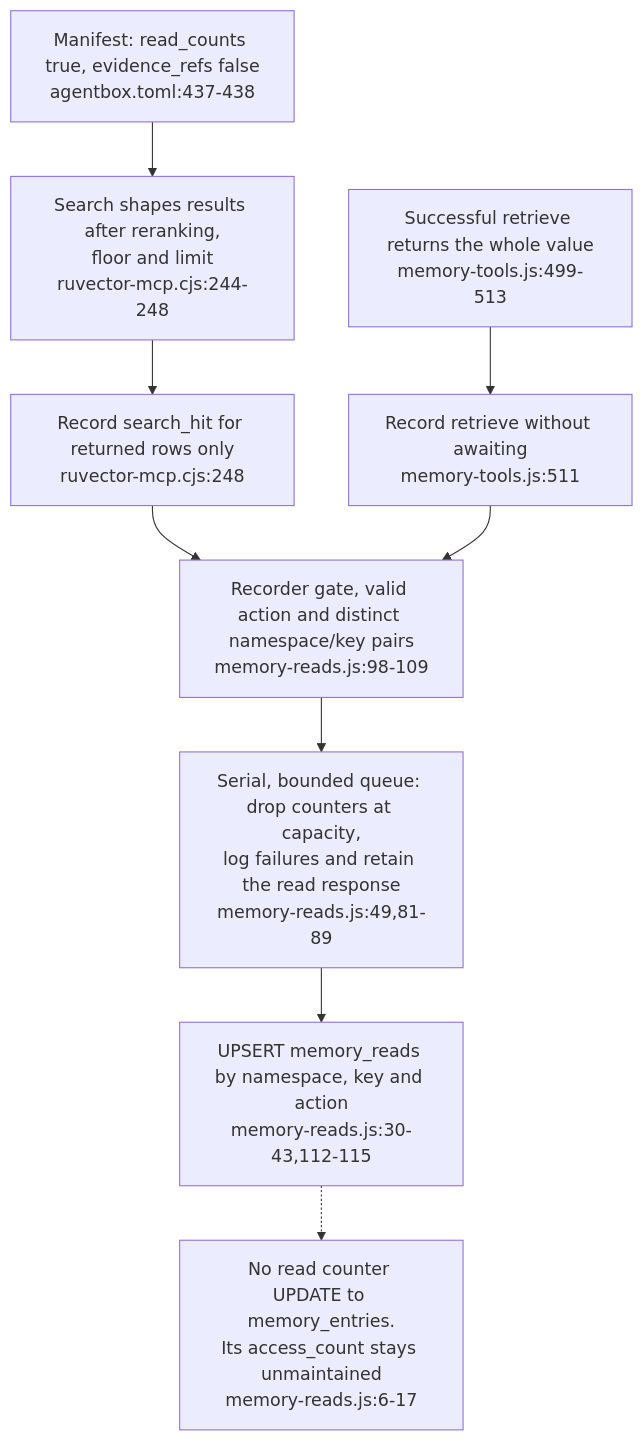
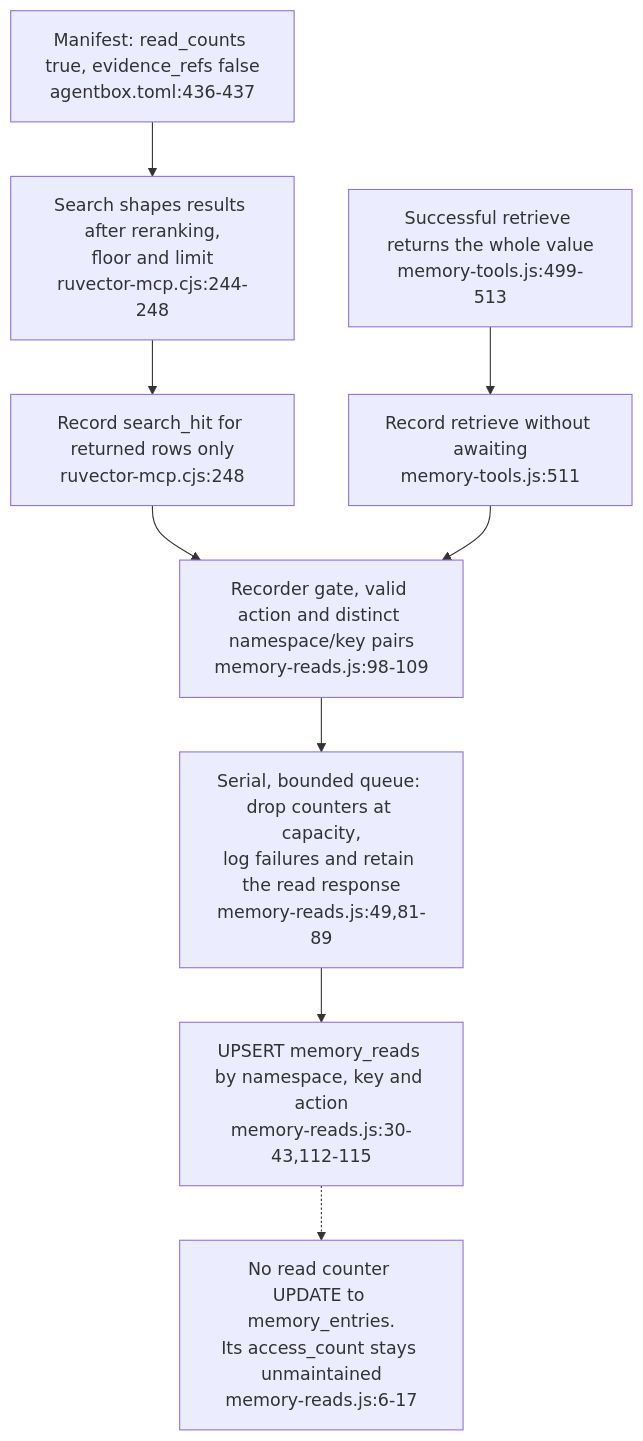
Before and after one commit to DreamLab-AI/VisionFlow: the seventh of 7 diagrams in docs/diagrams/estate/07-memory-and-embedding-estate.md, drawn with Mermaid. The commit also changed other lines of this file and 6 other files, not shown here.

````diff
--- a/docs/diagrams/estate/07-memory-and-embedding-estate.md
+++ b/docs/diagrams/estate/07-memory-and-embedding-estate.md
@@ -240,11 +241,11 @@
 ```mermaid
 flowchart TB
-    CFG["Manifest: read_counts true, evidence_refs false<br/>agentbox.toml:437-438"] --> SEARCH
+    CFG["Manifest: read_counts true, evidence_refs false<br/>agentbox.toml:436-437"] --> SEARCH
     SEARCH["Search shapes results after reranking,<br/>floor and limit<br/>ruvector-mcp.cjs:244-248"] --> HIT["Record search_hit for returned rows only<br/>ruvector-mcp.cjs:248"]
     FETCH["Successful retrieve returns the whole value<br/>memory-tools.js:499-513"] --> READ["Record retrieve without awaiting<br/>memory-tools.js:511"]
     HIT --> GATE["Recorder gate, valid action and distinct namespace/key pairs<br/>memory-reads.js:98-109"]
     READ --> GATE
     GATE --> QUEUE["Serial, bounded queue: drop counters at capacity,<br/>log failures and retain the read response<br/>memory-reads.js:49,81-89"]
     QUEUE --> SIDE["UPSERT memory_reads by namespace, key and action<br/>memory-reads.js:30-43,112-115"]
     SIDE -.-> INDEX["No read counter UPDATE to memory_entries.<br/>Its access_count stays unmaintained<br/>memory-reads.js:6-17"]
 ```
````
